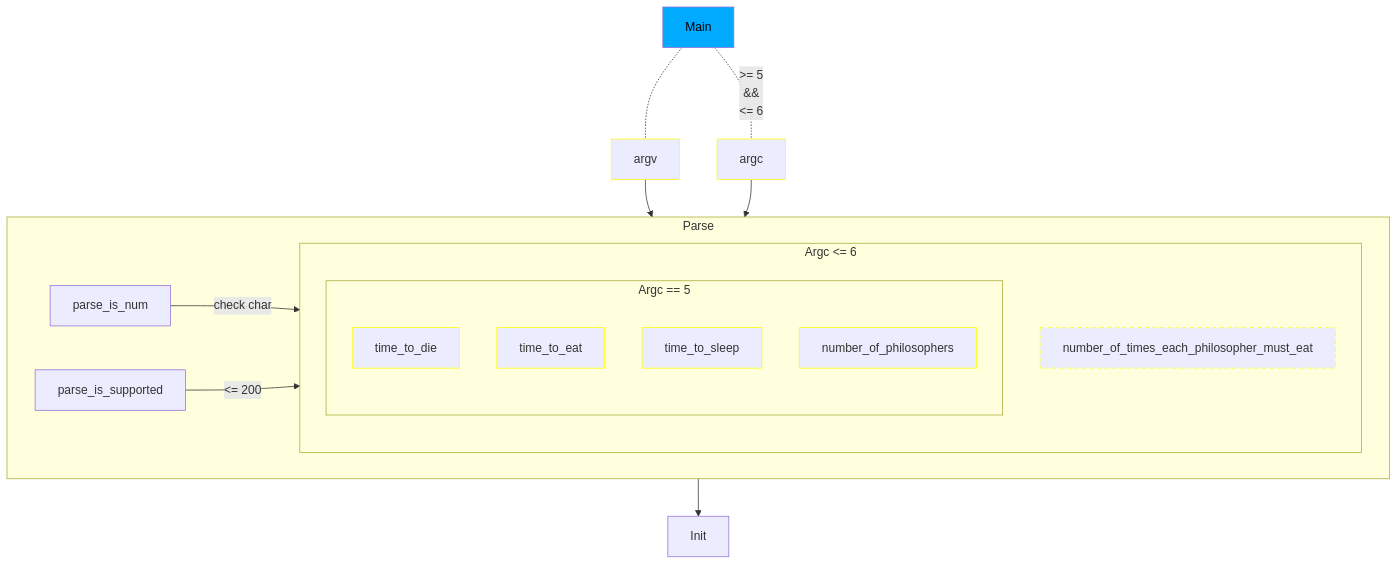
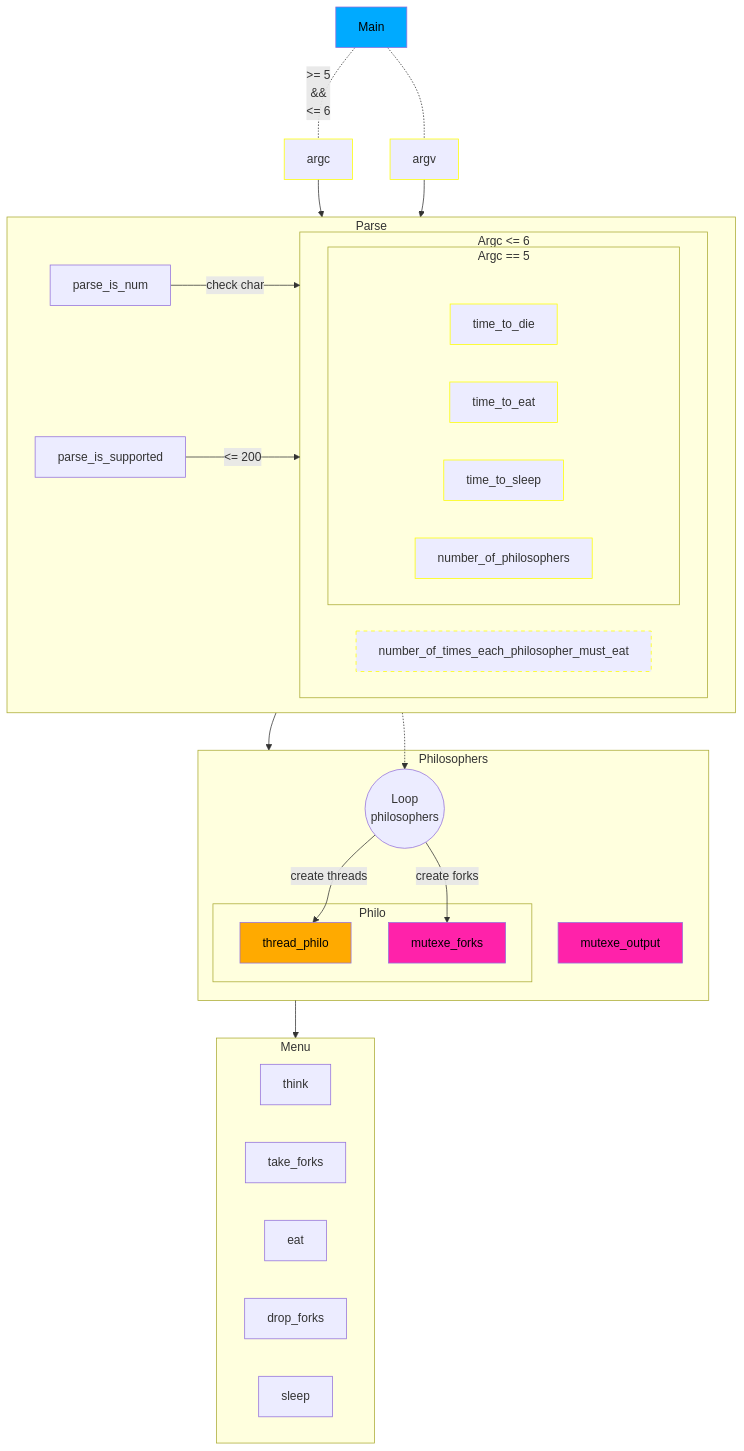
The first of 3 diagrams in Projects/Philosophers/README.md (Tablerase/42_Projects), drawn with Mermaid before and after one commit.

Commit message:
update to README

````diff
--- a/Projects/Philosophers/README.md
+++ b/Projects/Philosophers/README.md
@@ -94,32 +94,50 @@
 ```mermaid
 flowchart TD
   classDef data stroke:#ff0;
   classDef data_option stroke:#ff0,stroke-dasharray: 5, 5;
   classDef ressource fill:#2fa, color:#000;
   classDef process fill:#fa1, color:#000;
   classDef thread fill:#fa0, color:#000;
   classDef mutex fill:#f2a, color:#000;
   classDef protected fill:#2fa, stroke:#f2a, stroke-width:3px, color:#000;
   classDef important fill:#0af,color:#000;
 
   Main:::important
   Main -.- |">= 5\n&&\n<= 6"| argc:::data
   Main -.- argv:::data
   argv --> Parse
   argc --> Parse
   subgraph Parse
     direction LR
     parse_is_num --> |"check char"| args_5
     parse_is_supported -->|"<= 200 "| args_5
     subgraph args_5["Argc <= 6"]
       subgraph args_4["Argc == 5"]
         time_to_die:::data
         time_to_eat:::data
         time_to_sleep:::data
         number_of_philosophers:::data
       end
       number_of_times_each_philosopher_must_eat:::data_option
     end
   end
-  Parse --> Init
+  Parse --> Philosophers
+  subgraph Philosophers
+    subgraph Philo
+      thread_philo:::thread
+      mutexe_forks:::mutex
+    end
+    number_of_philosophers -.-> loop_philo
+    mutexe_output:::mutex
+    loop_philo(("Loop\nphilosophers")) --> |"create threads"| thread_philo:::thread
+    loop_philo --> |"create forks"| mutexe_forks:::mutex
+  end
+  Philosophers --> Menu
+  subgraph Menu
+    think
+    take_forks
+    eat
+    drop_forks
+    sleep
+  end
 ```
````
